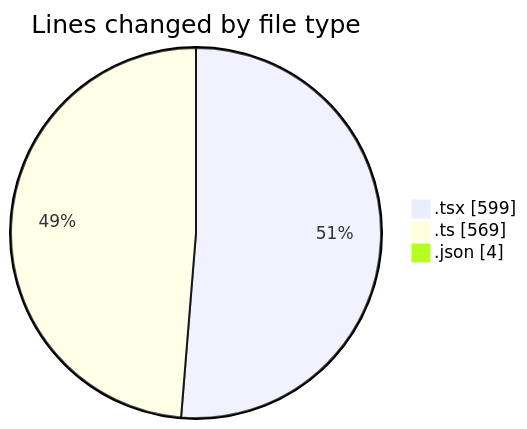
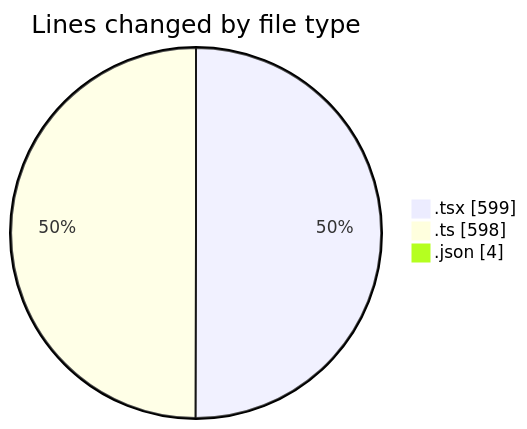
One commit to julien-gomy/code-tracking changed the first of 2 diagrams in 2025-11-23/eventscop-frontend-guide__workspace_/README.md. Above: the diagram before and after it, drawn with Mermaid. The commit also changed other lines of this file and 1 other file, not shown here.

````diff
--- a/2025-11-23/eventscop-frontend-guide__workspace_/README.md
+++ b/2025-11-23/eventscop-frontend-guide__workspace_/README.md
@@ -31,7 +32,7 @@
 ```mermaid
 pie showData
 title Lines changed by file type
 ".tsx" : 599
-".ts" : 569
+".ts" : 598
 ".json" : 4
 ```
````
